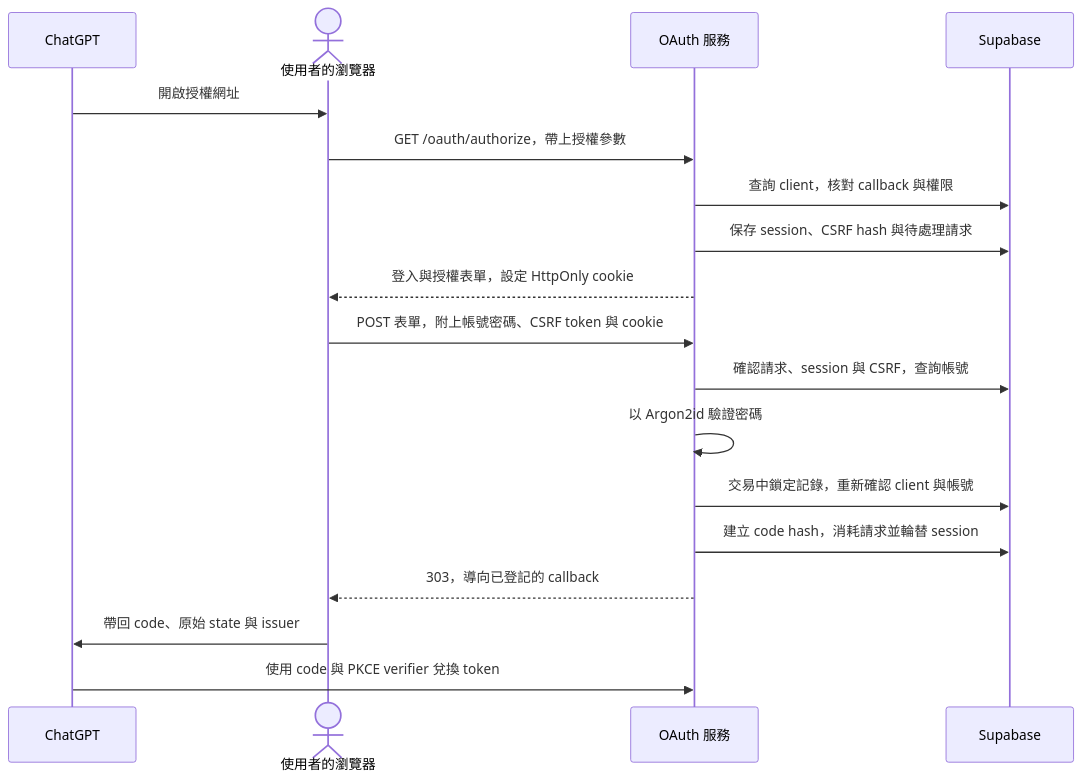
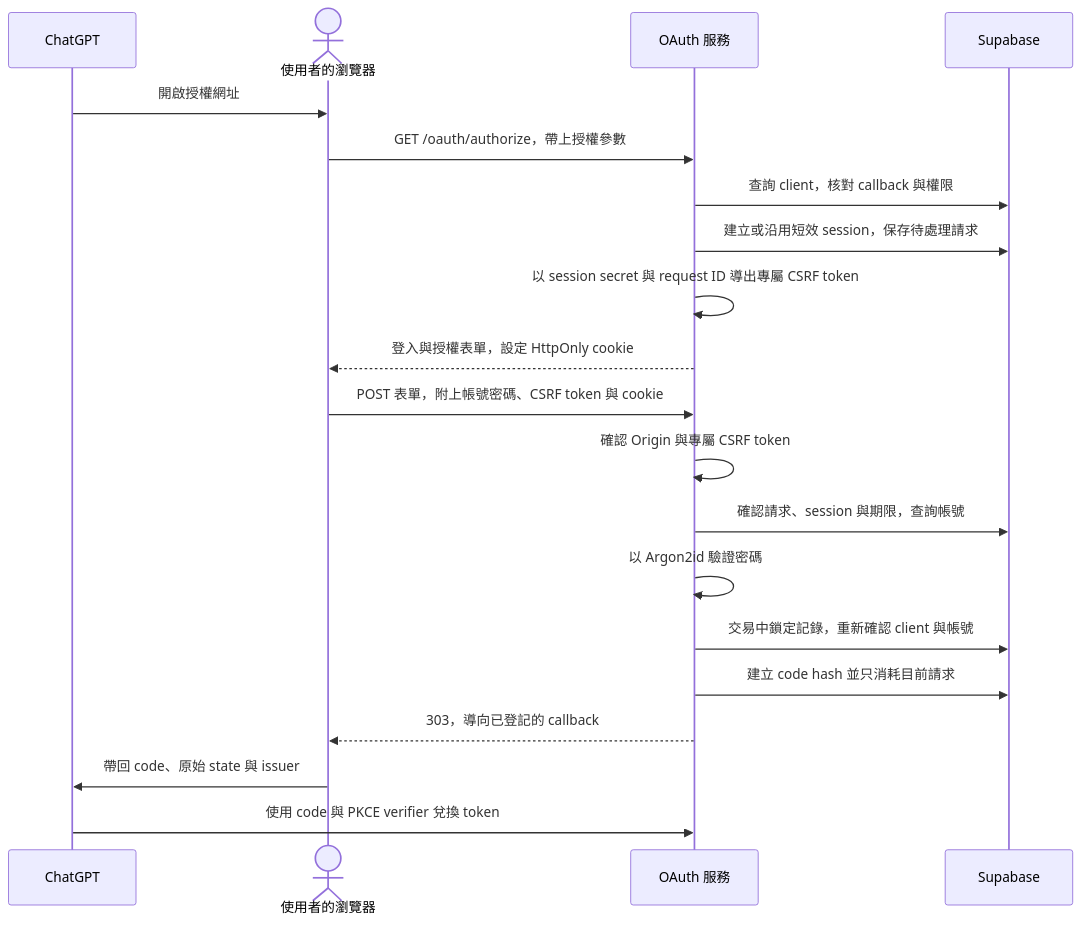
One commit to Oceankj/second_brain changed the first of 2 diagrams in docs/oauth-login.md. Above: the diagram before and after it, drawn with Mermaid. The commit also changed other lines of this file and 8 other files, not shown here.

````diff
--- a/docs/oauth-login.md
+++ b/docs/oauth-login.md
@@ -19,20 +19,22 @@
 ```mermaid
 sequenceDiagram
     participant Client as ChatGPT
     actor User as 使用者的瀏覽器
     participant Auth as OAuth 服務
     participant DB as Supabase
     Client->>User: 開啟授權網址
     User->>Auth: GET /oauth/authorize，帶上授權參數
     Auth->>DB: 查詢 client，核對 callback 與權限
-    Auth->>DB: 保存 session、CSRF hash 與待處理請求
+    Auth->>DB: 建立或沿用短效 session，保存待處理請求
+    Auth->>Auth: 以 session secret 與 request ID 導出專屬 CSRF token
     Auth-->>User: 登入與授權表單，設定 HttpOnly cookie
     User->>Auth: POST 表單，附上帳號密碼、CSRF token 與 cookie
-    Auth->>DB: 確認請求、session 與 CSRF，查詢帳號
+    Auth->>Auth: 確認 Origin 與專屬 CSRF token
+    Auth->>DB: 確認請求、session 與期限，查詢帳號
     Auth->>Auth: 以 Argon2id 驗證密碼
     Auth->>DB: 交易中鎖定記錄，重新確認 client 與帳號
-    Auth->>DB: 建立 code hash，消耗請求並輪替 session
+    Auth->>DB: 建立 code hash 並只消耗目前請求
     Auth-->>User: 303，導向已登記的 callback
     User->>Client: 帶回 code、原始 state 與 issuer
     Client->>Auth: 使用 code 與 PKCE verifier 兌換 token
 ```
````
